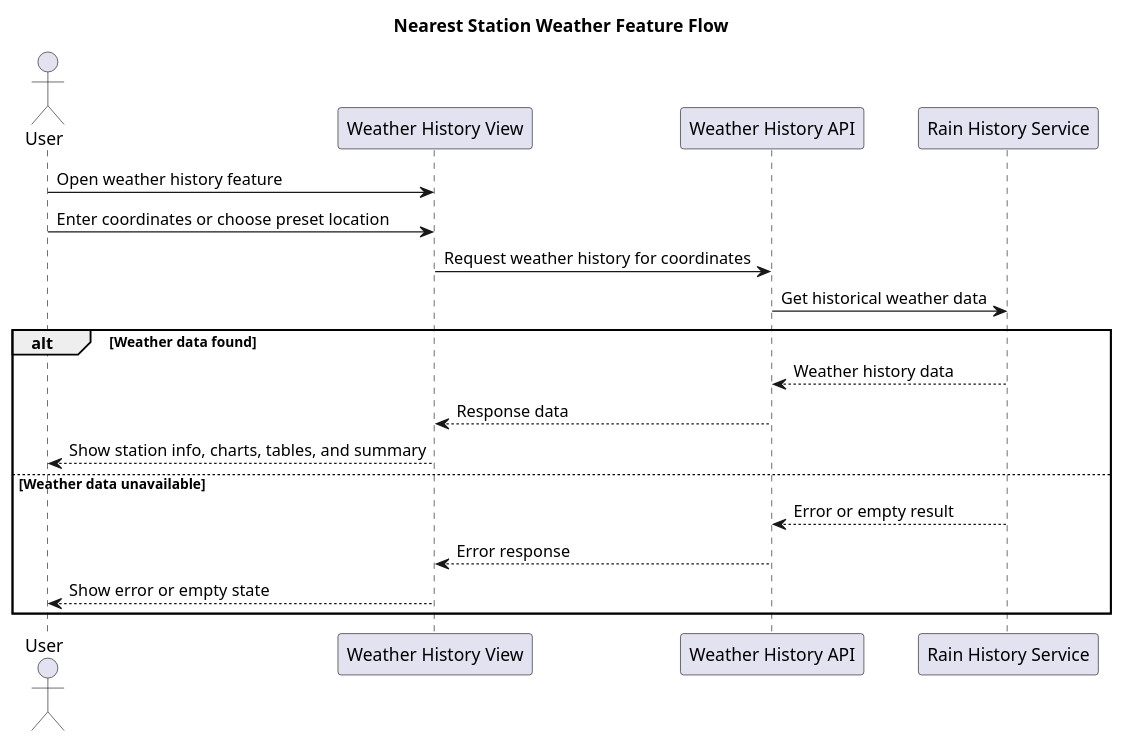
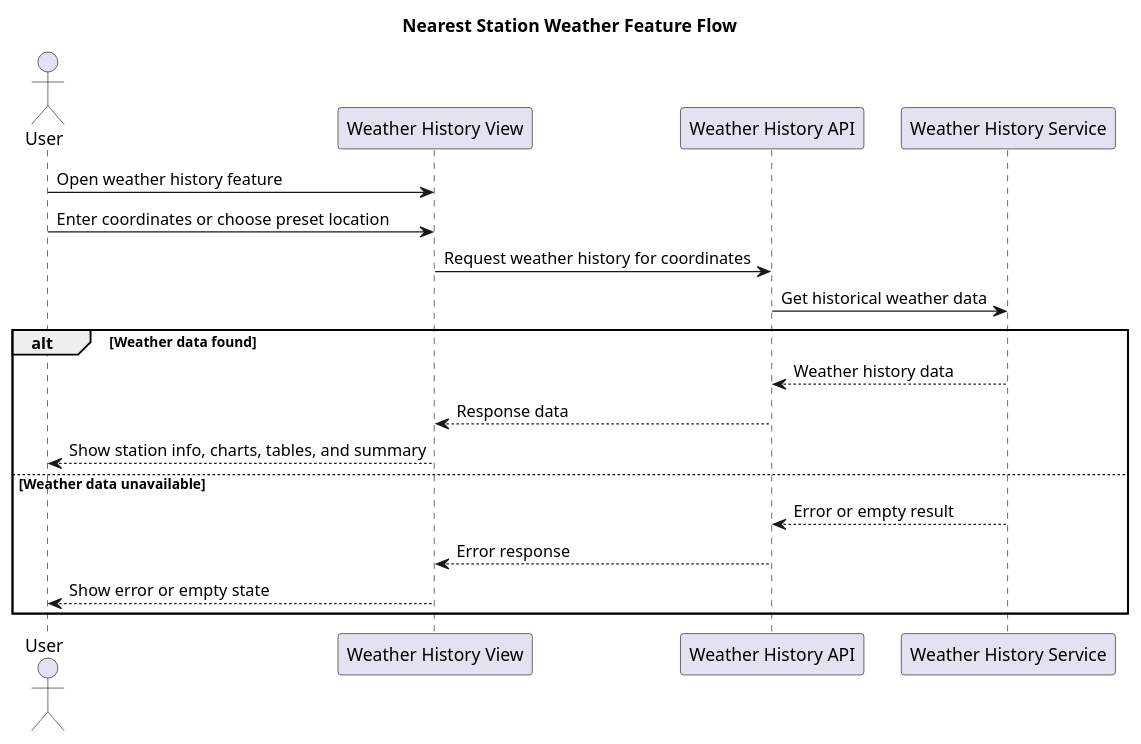
One commit to OscarFilip/mushroom-mood changed the diagram in docs/uml/feature-nearest-station-weather.puml. Above: the diagram before and after it, drawn with PlantUML. The commit also changed 40 other files, not shown here.

```diff
--- a/docs/uml/feature-nearest-station-weather.puml
+++ b/docs/uml/feature-nearest-station-weather.puml
@@ -1,25 +1,25 @@
 @startuml feature-nearest-station-weather
 title Nearest Station Weather Feature Flow
 
 actor User
 participant "Weather History View" as WeatherHistoryView
 participant "Weather History API" as WeatherHistoryApi
-participant "Rain History Service" as RainHistoryService
+participant "Weather History Service" as WeatherHistoryService
 
 User -> WeatherHistoryView: Open weather history feature
 User -> WeatherHistoryView: Enter coordinates or choose preset location
 
 WeatherHistoryView -> WeatherHistoryApi: Request weather history for coordinates
-WeatherHistoryApi -> RainHistoryService: Get historical weather data
+WeatherHistoryApi -> WeatherHistoryService: Get historical weather data
 
 alt Weather data found
-  RainHistoryService --> WeatherHistoryApi: Weather history data
+  WeatherHistoryService --> WeatherHistoryApi: Weather history data
   WeatherHistoryApi --> WeatherHistoryView: Response data
   WeatherHistoryView --> User: Show station info, charts, tables, and summary
 else Weather data unavailable
-  RainHistoryService --> WeatherHistoryApi: Error or empty result
+  WeatherHistoryService --> WeatherHistoryApi: Error or empty result
   WeatherHistoryApi --> WeatherHistoryView: Error response
   WeatherHistoryView --> User: Show error or empty state
 end
 
 @enduml
```
